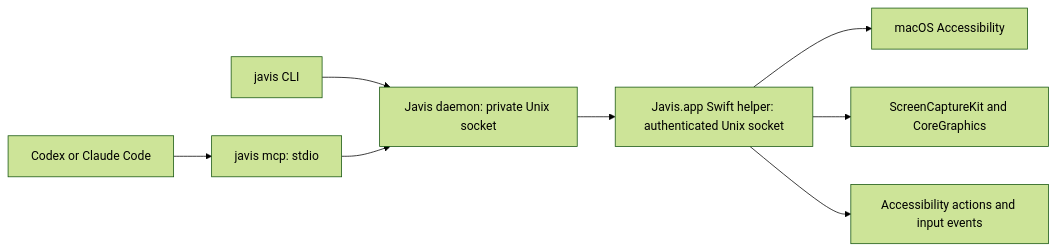
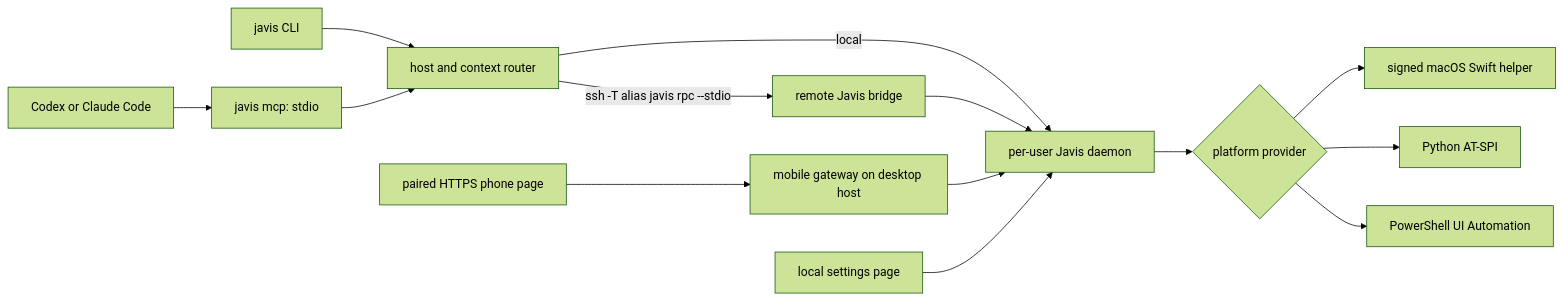
One commit to ruoyiran/javis changed the diagram in docs/architecture.md. Above: the diagram before and after it, drawn with Mermaid (forest theme). The commit also changed other lines of this file and 108 other files, not shown here.

Commit message:
feat: add cross-platform remote and mobile computer use

````diff
--- a/docs/architecture.md
+++ b/docs/architecture.md
@@ -3,10 +3,16 @@
 ```mermaid
 flowchart LR
   Agent[Codex or Claude Code] --> MCP[javis mcp: stdio]
-  Shell[javis CLI] --> Daemon[Javis daemon: private Unix socket]
-  MCP --> Daemon
-  Daemon --> Helper[Javis.app Swift helper: authenticated Unix socket]
-  Helper --> AX[macOS Accessibility]
-  Helper --> Capture[ScreenCaptureKit and CoreGraphics]
-  Helper --> Input[Accessibility actions and input events]
+  Shell[javis CLI] --> Router[host and context router]
+  MCP --> Router
+  Router -->|local| Daemon[per-user Javis daemon]
+  Router -->|ssh -T alias javis rpc --stdio| Remote[remote Javis bridge]
+  Remote --> Daemon
+  Mobile[paired HTTPS phone page] --> Gateway[mobile gateway on desktop host]
+  Gateway --> Daemon
+  Settings[local settings page] --> Daemon
+  Daemon --> Provider{platform provider}
+  Provider --> Mac[signed macOS Swift helper]
+  Provider --> Linux[Python AT-SPI]
+  Provider --> Windows[PowerShell UI Automation]
 ```
````
